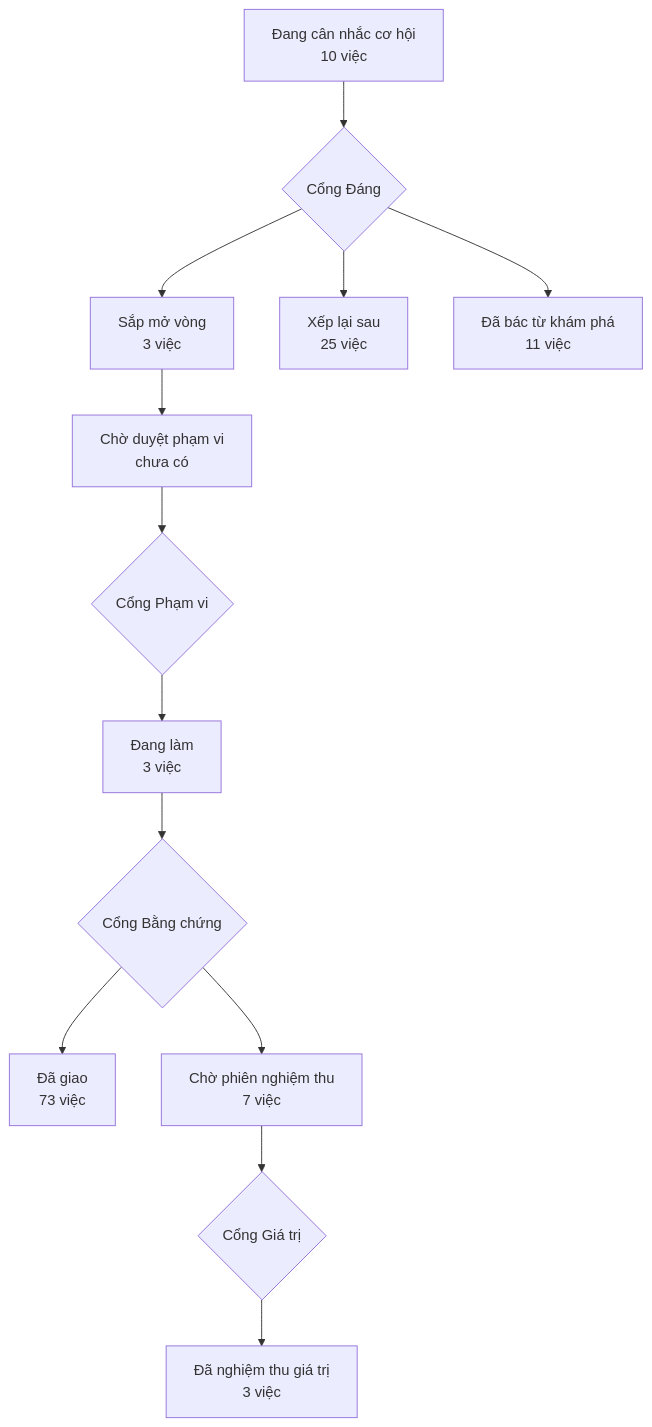
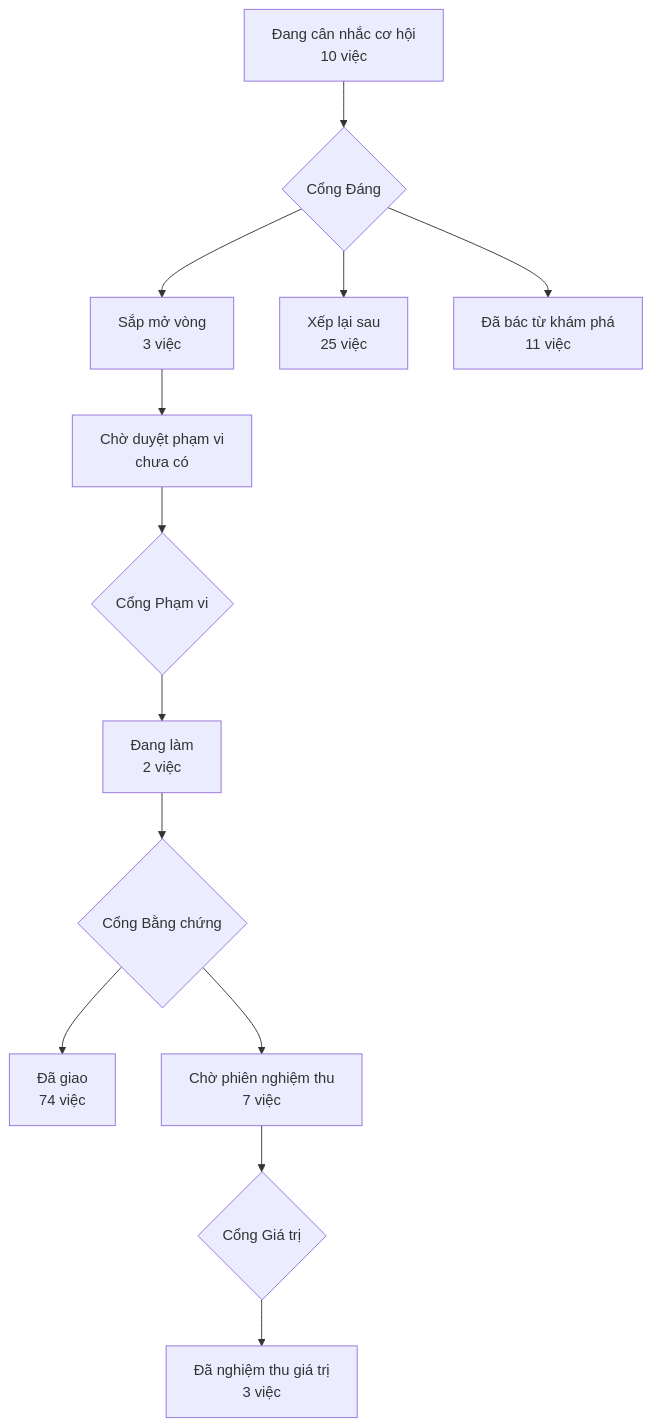
One commit to phanlemanh/acceptance-gate-kit changed the diagram in PRODUCT-MAP.md. Above: the diagram before and after it, drawn with Mermaid. The commit also changed 4 other files, not shown here.

````diff
--- a/PRODUCT-MAP.md
+++ b/PRODUCT-MAP.md
@@ -6,12 +6,12 @@
 ```mermaid
 flowchart TD
   A["Đang cân nhắc cơ hội<br/>10 việc"] --> GD{"Cổng Đáng"}
   GD --> B["Sắp mở vòng<br/>3 việc"]
   GD --> XL["Xếp lại sau<br/>25 việc"]
   GD --> DB["Đã bác từ khám phá<br/>11 việc"]
   B --> CD["Chờ duyệt phạm vi<br/>chưa có"] --> GP{"Cổng Phạm vi"}
-  GP --> DL["Đang làm<br/>3 việc"] --> GB{"Cổng Bằng chứng"}
-  GB --> DG["Đã giao<br/>73 việc"]
+  GP --> DL["Đang làm<br/>2 việc"] --> GB{"Cổng Bằng chứng"}
+  GB --> DG["Đã giao<br/>74 việc"]
   GB --> CN["Chờ phiên nghiệm thu<br/>7 việc"] --> GG{"Cổng Giá trị"}
   GG --> NT["Đã nghiệm thu giá trị<br/>3 việc"]
 ```
````
